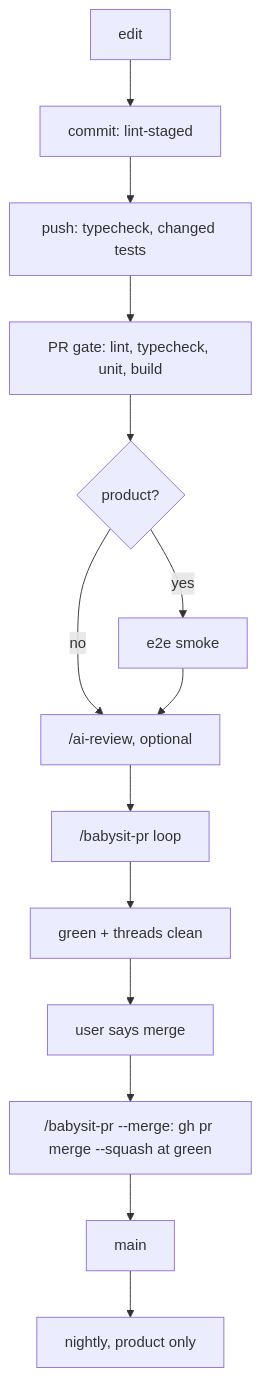
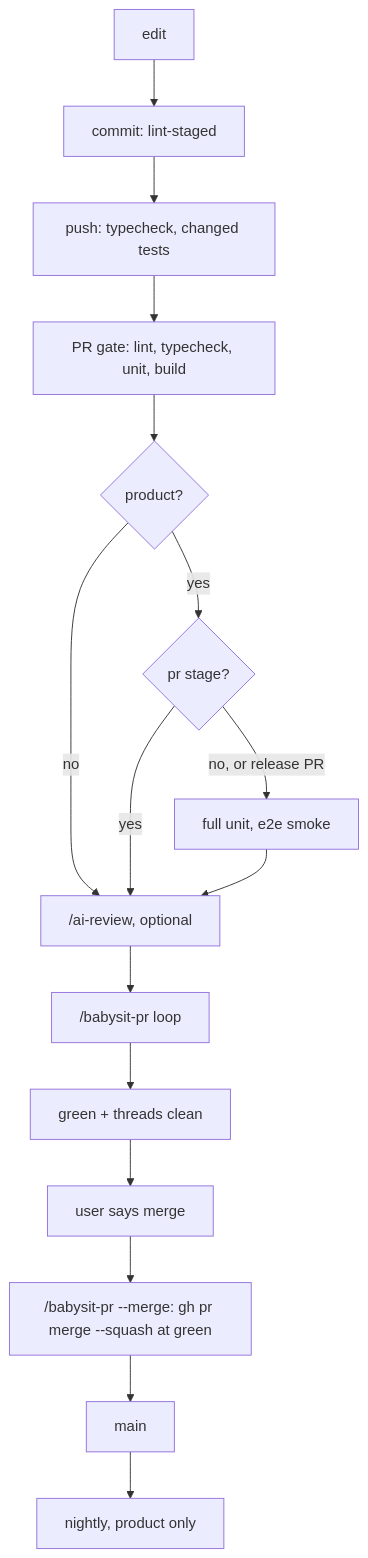
One commit to timschoch/skilly changed the first of 2 diagrams in docs/dev-process.md. Above: the diagram before and after it, drawn with Mermaid. The commit also changed other lines of this file and 12 other files, not shown here.

First line of the commit message:
feat(verify): skip full suites on PRs that a nightly and release PR back (#188)

````diff
--- a/docs/dev-process.md
+++ b/docs/dev-process.md
@@ -22,16 +24,18 @@
 ```mermaid
 flowchart TD
   edit[edit] --> commit[commit: lint-staged]
   commit --> push[push: typecheck, changed tests]
   push --> gate[PR gate: lint, typecheck, unit, build]
   gate --> tier{product?}
-  tier -- yes --> smoke[e2e smoke]
   tier -- no --> ai
+  tier -- yes --> stage{pr stage?}
+  stage -- "no, or release PR" --> smoke[full unit, e2e smoke]
+  stage -- yes --> ai
   smoke --> ai["/ai-review, optional"]
   ai --> babysit["/babysit-pr loop"]
   babysit --> clean[green + threads clean]
   clean --> ask[user says merge]
   ask --> merge["/babysit-pr --merge: gh pr merge --squash at green"]
   merge --> main[main]
   main --> nightly[nightly, product only]
 ```
````
